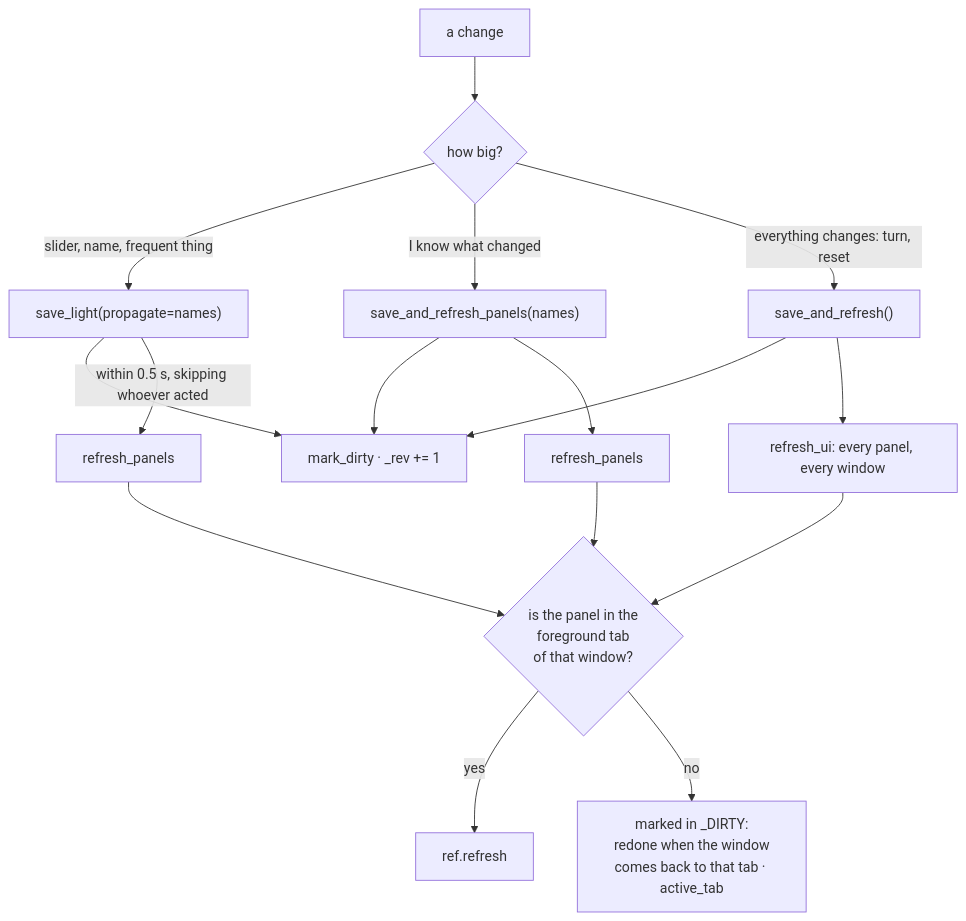
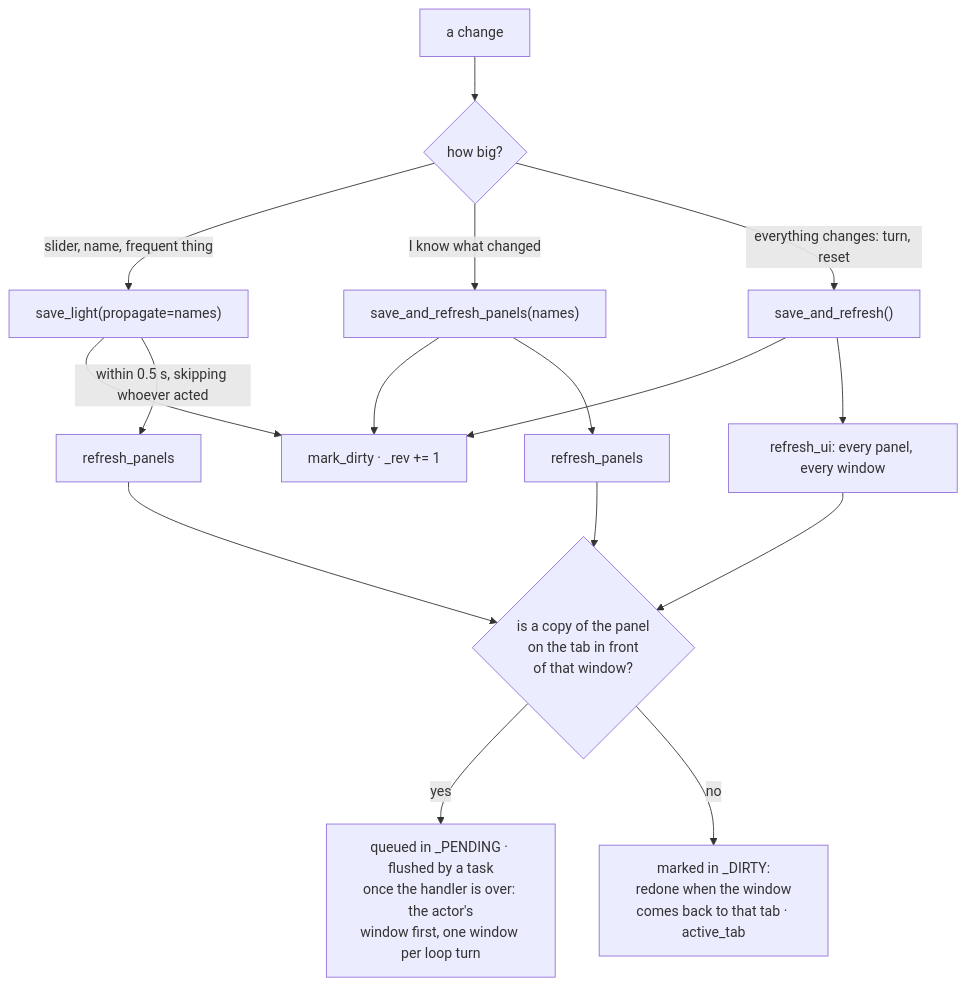
Before and after one commit to MarcoMungaiCoppolino/kingmaker-kingdom-manager: the diagram in docs/manual/04-interface.md, drawn with Mermaid. The commit also changed other lines of this file and 23 other files, not shown here.

````diff
--- a/docs/manual/04-interface.md
+++ b/docs/manual/04-interface.md
@@ -77,16 +77,16 @@
 ```mermaid
 flowchart TD
     M[a change] --> Q{how big?}
     Q -->|slider, name, frequent thing| L["save_light(propagate=names)"]
     Q -->|I know what changed| P["save_and_refresh_panels(names)"]
     Q -->|everything changes: turn, reset| T["save_and_refresh()"]
     L --> R[mark_dirty · _rev += 1]
     P --> R
     T --> R
     L -->|within 0.5 s, skipping whoever acted| A1[refresh_panels]
     P --> A2[refresh_panels]
     T --> A3[refresh_ui: every panel, every window]
-    A1 & A2 & A3 --> V{is the panel in the<br/>foreground tab<br/>of that window?}
-    V -->|yes| D[ref.refresh]
+    A1 & A2 & A3 --> V{is a copy of the panel<br/>on the tab in front<br/>of that window?}
+    V -->|yes| K[queued in _PENDING · flushed by a task<br/>once the handler is over: the actor's<br/>window first, one window per loop turn]
     V -->|no| S[marked in _DIRTY:<br/>redone when the window<br/>comes back to that tab · active_tab]
 ```
````
